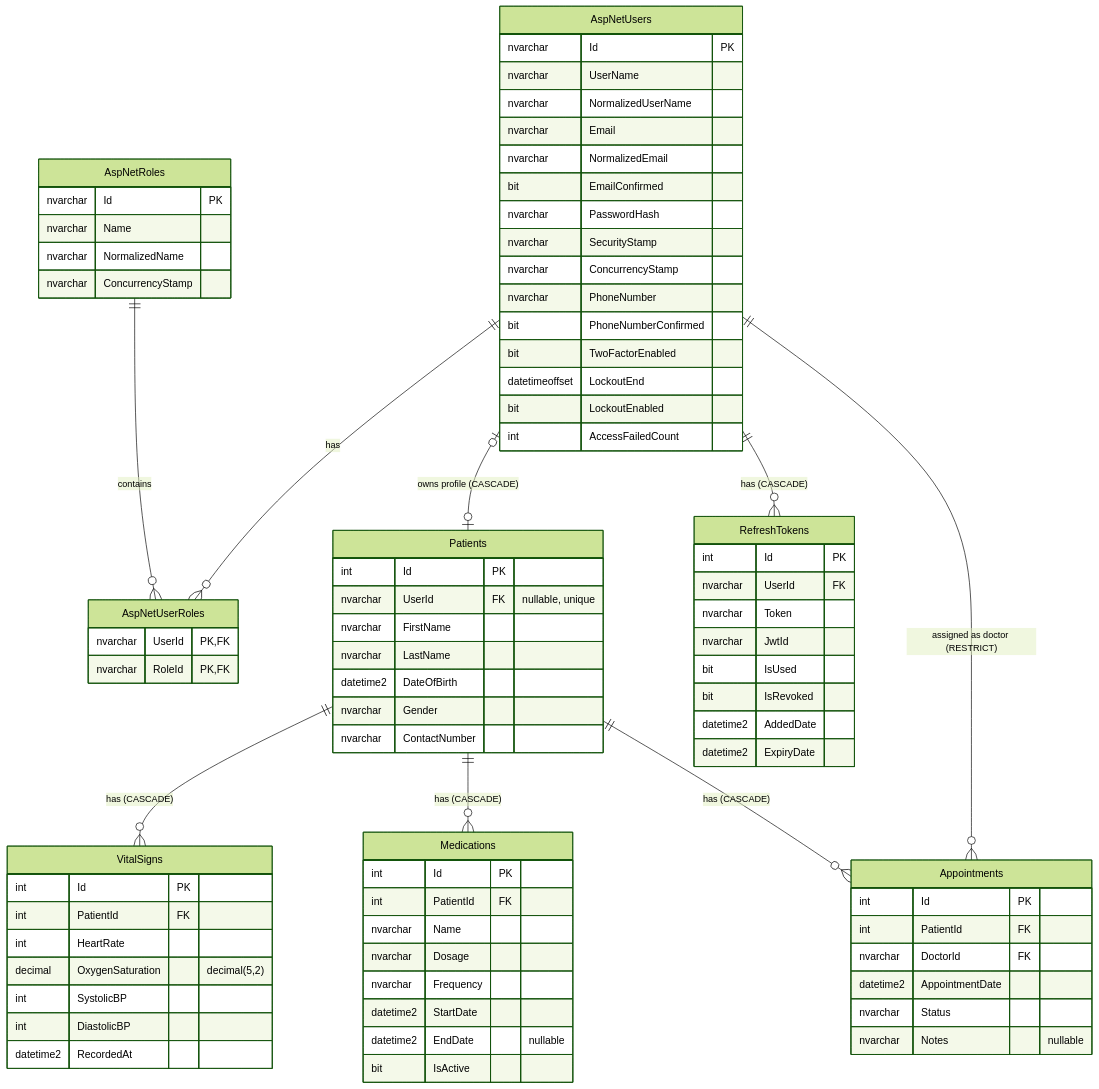
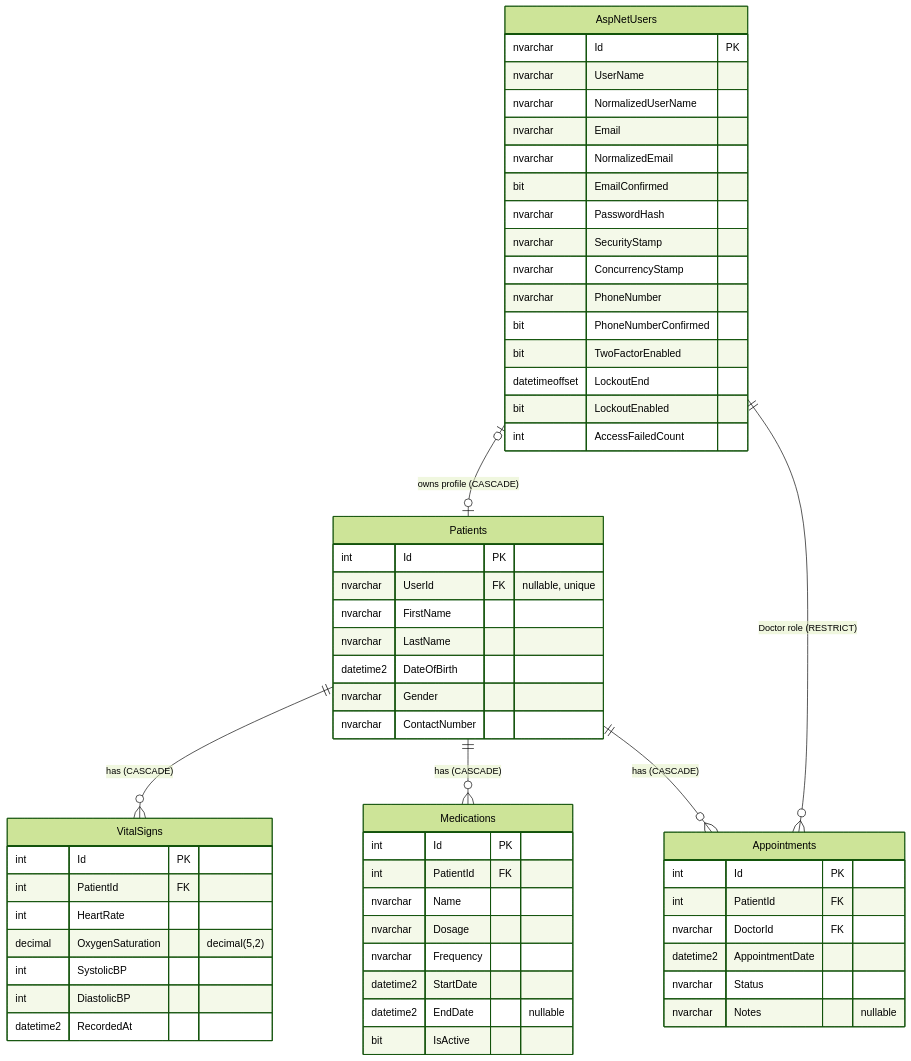
The diagram in CardiacMonitor/docs/CardiacMonitor-ERD.mmd (mohammadimad/Mohammad-Abdelfattah-BinX-Backend-Internship), drawn with Mermaid (forest theme) before and after one commit. The commit also changed 73 other files, not shown here.

```diff
--- a/CardiacMonitor/docs/CardiacMonitor-ERD.mmd
+++ b/CardiacMonitor/docs/CardiacMonitor-ERD.mmd
@@ -1,90 +1,64 @@
 erDiagram
     AspNetUsers {
         nvarchar Id PK
         nvarchar UserName
         nvarchar NormalizedUserName
         nvarchar Email
         nvarchar NormalizedEmail
         bit EmailConfirmed
         nvarchar PasswordHash
         nvarchar SecurityStamp
         nvarchar ConcurrencyStamp
         nvarchar PhoneNumber
         bit PhoneNumberConfirmed
         bit TwoFactorEnabled
         datetimeoffset LockoutEnd
         bit LockoutEnabled
         int AccessFailedCount
-    }
-
-    AspNetRoles {
-        nvarchar Id PK
-        nvarchar Name
-        nvarchar NormalizedName
-        nvarchar ConcurrencyStamp
-    }
-
-    AspNetUserRoles {
-        nvarchar UserId PK,FK
-        nvarchar RoleId PK,FK
     }
 
     Patients {
         int Id PK
         nvarchar UserId FK "nullable, unique"
         nvarchar FirstName
         nvarchar LastName
         datetime2 DateOfBirth
         nvarchar Gender
         nvarchar ContactNumber
     }
 
     VitalSigns {
         int Id PK
         int PatientId FK
         int HeartRate
         decimal OxygenSaturation "decimal(5,2)"
         int SystolicBP
         int DiastolicBP
         datetime2 RecordedAt
     }
 
     Medications {
         int Id PK
         int PatientId FK
         nvarchar Name
         nvarchar Dosage
         nvarchar Frequency
         datetime2 StartDate
         datetime2 EndDate "nullable"
         bit IsActive
     }
 
     Appointments {
         int Id PK
         int PatientId FK
         nvarchar DoctorId FK
         datetime2 AppointmentDate
         nvarchar Status
         nvarchar Notes "nullable"
     }
 
-    RefreshTokens {
-        int Id PK
-        nvarchar UserId FK
-        nvarchar Token
-        nvarchar JwtId
-        bit IsUsed
-        bit IsRevoked
-        datetime2 AddedDate
-        datetime2 ExpiryDate
-    }
-
     AspNetUsers o|--o| Patients : "owns profile (CASCADE)"
-    AspNetUsers ||--o{ RefreshTokens : "has (CASCADE)"
-    AspNetUsers ||--o{ Appointments : "assigned as doctor (RESTRICT)"
-    AspNetUsers ||--o{ AspNetUserRoles : has
-    AspNetRoles ||--o{ AspNetUserRoles : contains
+    AspNetUsers ||--o{ Appointments : "Doctor role (RESTRICT)"
     Patients ||--o{ VitalSigns : "has (CASCADE)"
     Patients ||--o{ Medications : "has (CASCADE)"
     Patients ||--o{ Appointments : "has (CASCADE)"
```
